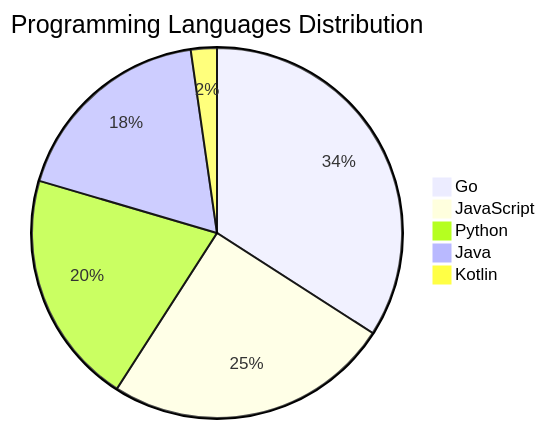
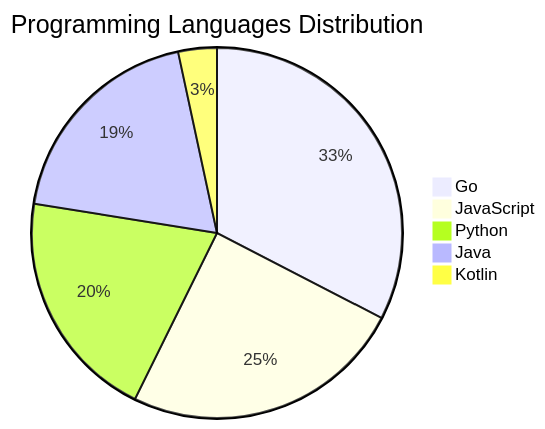
The diagram in README.md (Derrick-MUGISHA/github-activity-bot), drawn with Mermaid before and after one commit. The commit also changed other lines of this file and 3 other files, not shown here.

````diff
--- a/README.md
+++ b/README.md
@@ -71,8 +71,8 @@
 ```mermaid
 pie title Programming Languages Distribution
-    "Go" : 30
+    "Go" : 29
     "JavaScript" : 22
     "Python" : 18
-    "Java" : 16
-    "Kotlin" : 2
+    "Java" : 17
+    "Kotlin" : 3
 ```
````
